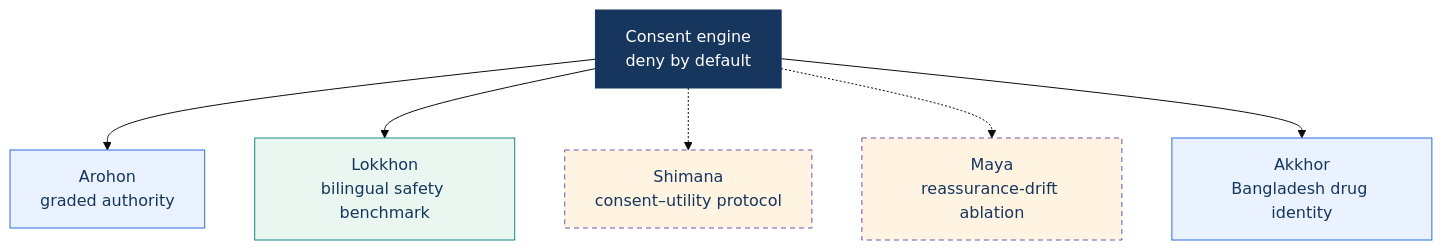
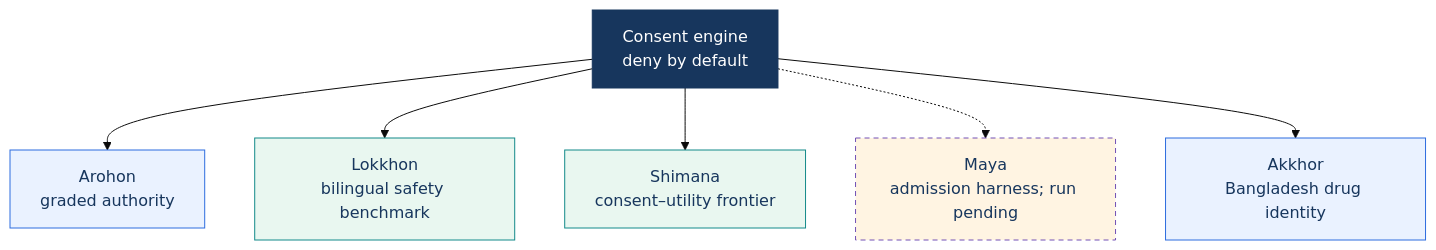
One commit to CSE-3200-System-Project/Medora changed the second of 2 diagrams in README.md. Above: the diagram before and after it, drawn with Mermaid (base theme). The commit also changed other lines of this file and 59 other files, not shown here.

````diff
--- a/README.md
+++ b/README.md
@@ -145,18 +146,18 @@
 ```mermaid
 flowchart TB
     ENGINE["Consent engine<br/>deny by default"]
     ENGINE --> A["Arohon<br/>graded authority"]
     ENGINE --> L["Lokkhon<br/>bilingual safety benchmark"]
-    ENGINE -.-> S["Shimana<br/>consent–utility protocol"]
-    ENGINE -.-> M["Maya<br/>reassurance-drift ablation"]
+    ENGINE --> S["Shimana<br/>consent–utility frontier"]
+    ENGINE -.-> M["Maya<br/>admission harness; run pending"]
     ENGINE --> U["Akkhor<br/>Bangladesh drug identity"]
 
     classDef built fill:#EAF2FF,stroke:#2D6CDF,color:#17365D;
     classDef measured fill:#E9F7F0,stroke:#138A8A,color:#17365D;
     classDef planned fill:#FFF4E2,stroke:#7251B5,color:#17365D,stroke-dasharray:5 4;
     classDef engine fill:#17365D,stroke:#17365D,color:#FFFFFF;
     class ENGINE engine;
     class A,U built;
-    class L measured;
-    class S,M planned;
+    class L,S measured;
+    class M planned;
 ```
````
